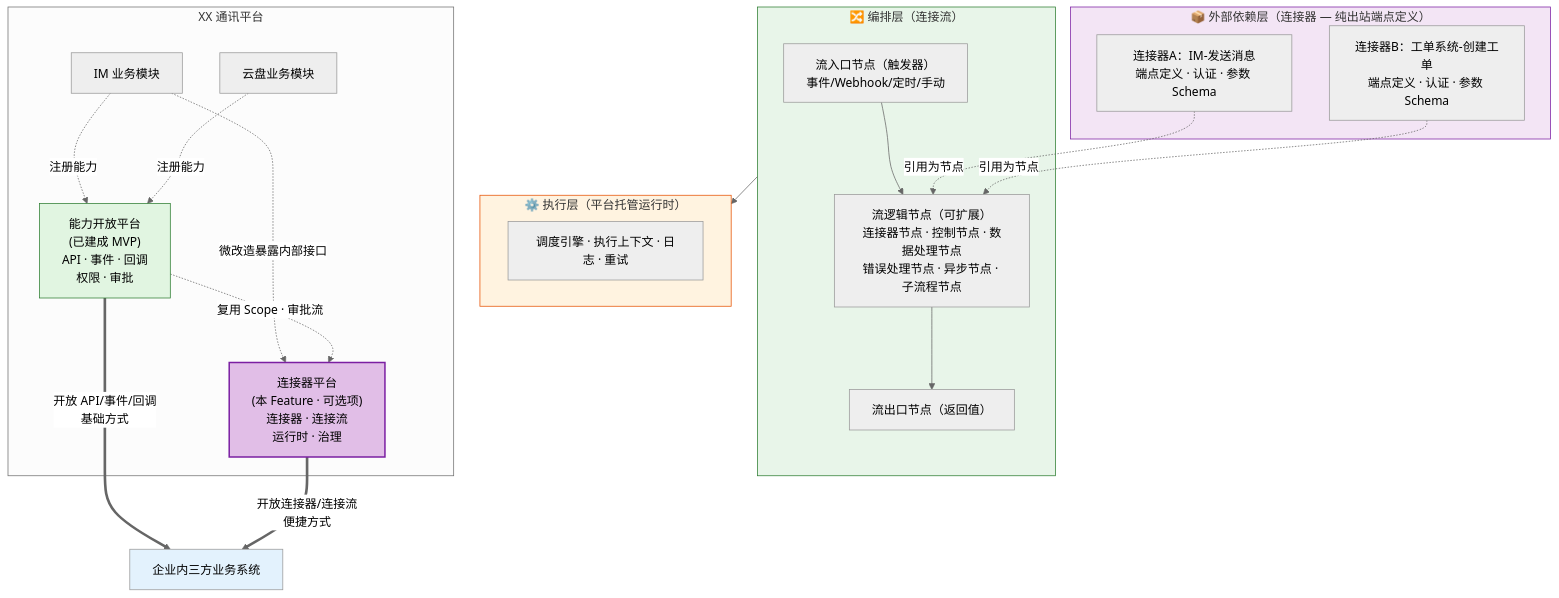
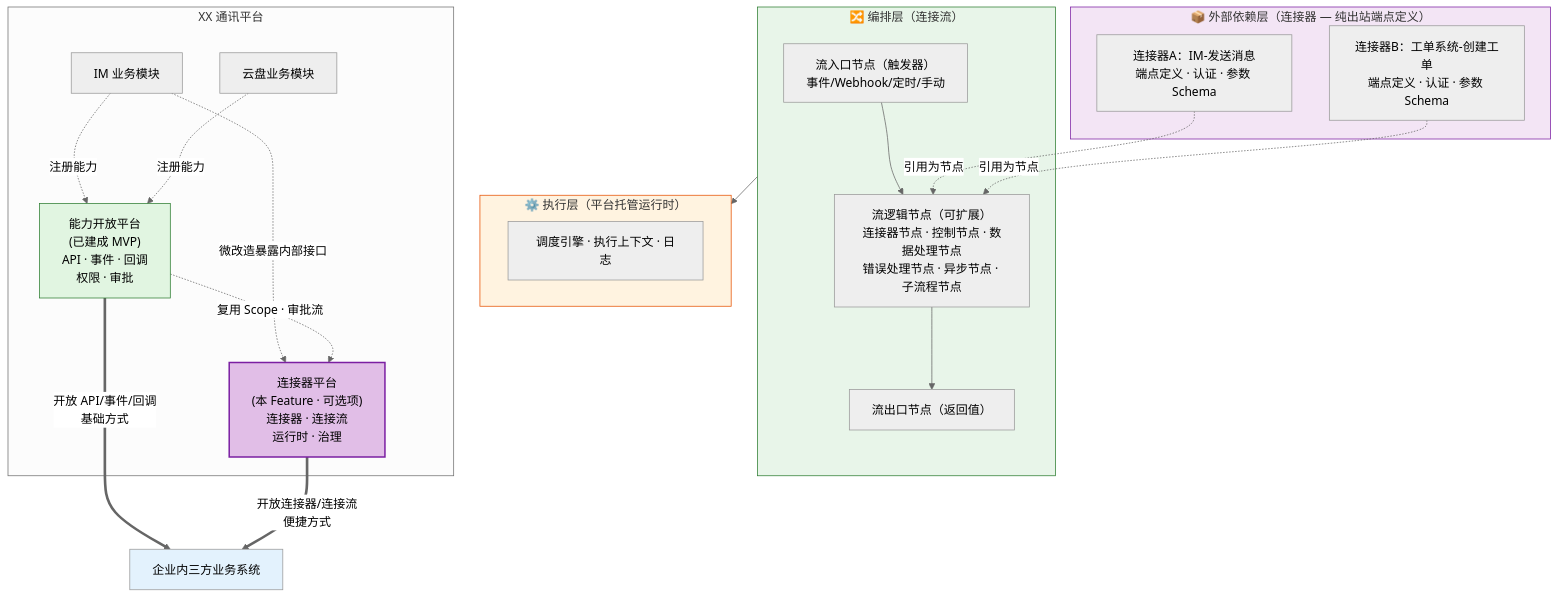
Before and after one commit to THZSummer/open-app: the first of 2 diagrams in .sddu/specs-tree-root/specs-tree-connector-platform/spec.md, drawn with Mermaid (neutral theme). The commit also changed other lines of this file, not shown here.

````diff
--- a/.sddu/specs-tree-root/specs-tree-connector-platform/spec.md
+++ b/.sddu/specs-tree-root/specs-tree-connector-platform/spec.md
@@ -31,47 +31,47 @@
 ```mermaid
 graph TB
     subgraph Dep["📦 外部依赖层（连接器 — 纯出站端点定义）"]
         Conn1["连接器A：IM-发送消息\n端点定义 · 认证 · 参数 Schema"]
         Conn2["连接器B：工单系统-创建工单\n端点定义 · 认证 · 参数 Schema"]
     end
 
     subgraph Flow["🔀 编排层（连接流）"]
         EN["流入口节点（触发器）\n事件/Webhook/定时/手动"]
         LN["流逻辑节点（可扩展）\n连接器节点 · 控制节点 · 数据处理节点\n错误处理节点 · 异步节点 · 子流程节点"]
         EX["流出口节点（返回值）"]
         EN --> LN --> EX
     end
 
     subgraph RT["⚙️ 执行层（平台托管运行时）"]
-        R["调度引擎 · 执行上下文 · 日志 · 重试"]
+        R["调度引擎 · 执行上下文 · 日志"]
     end
 
     Flow --> RT
     Conn1 -.->|引用为节点| LN
     Conn2 -.->|引用为节点| LN
 
     subgraph XX["XX 通讯平台"]
         Biz_IM[IM 业务模块]
         Biz_Cloud[云盘业务模块]
         Cap["能力开放平台\n(已建成 MVP)\nAPI · 事件 · 回调\n权限 · 审批"]
         Conn["连接器平台\n(本 Feature · 可选项)\n连接器 · 连接流\n运行时 · 治理"]
     end
 
     Third["企业内三方业务系统"]
 
     Biz_IM -.->|注册能力| Cap
     Biz_Cloud -.->|注册能力| Cap
     Biz_IM -.->|微改造暴露内部接口| Conn
 
     Cap -.->|复用 Scope · 审批流| Conn
 
     Cap ==>|开放 API/事件/回调\n基础方式| Third
     Conn ==>|开放连接器/连接流\n便捷方式| Third
 
     style Dep fill:#f3e5f5,stroke:#7b1fa2
     style Flow fill:#e8f5e9,stroke:#2e7d32
     style RT fill:#fff3e0,stroke:#e65100
     style Conn fill:#e1bee7,stroke:#7b1fa2,stroke-width:2px
     style Cap fill:#e1f5e1,stroke:#2e7d32
     style Third fill:#e3f2fd
 ```
````
